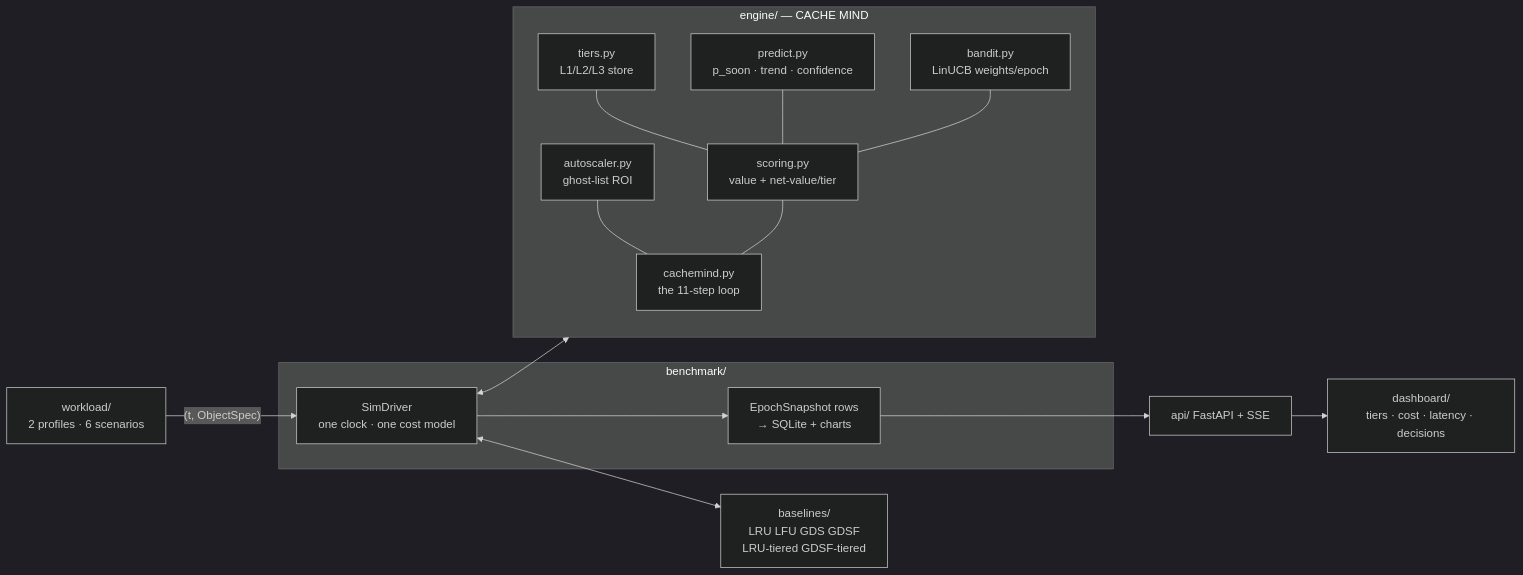
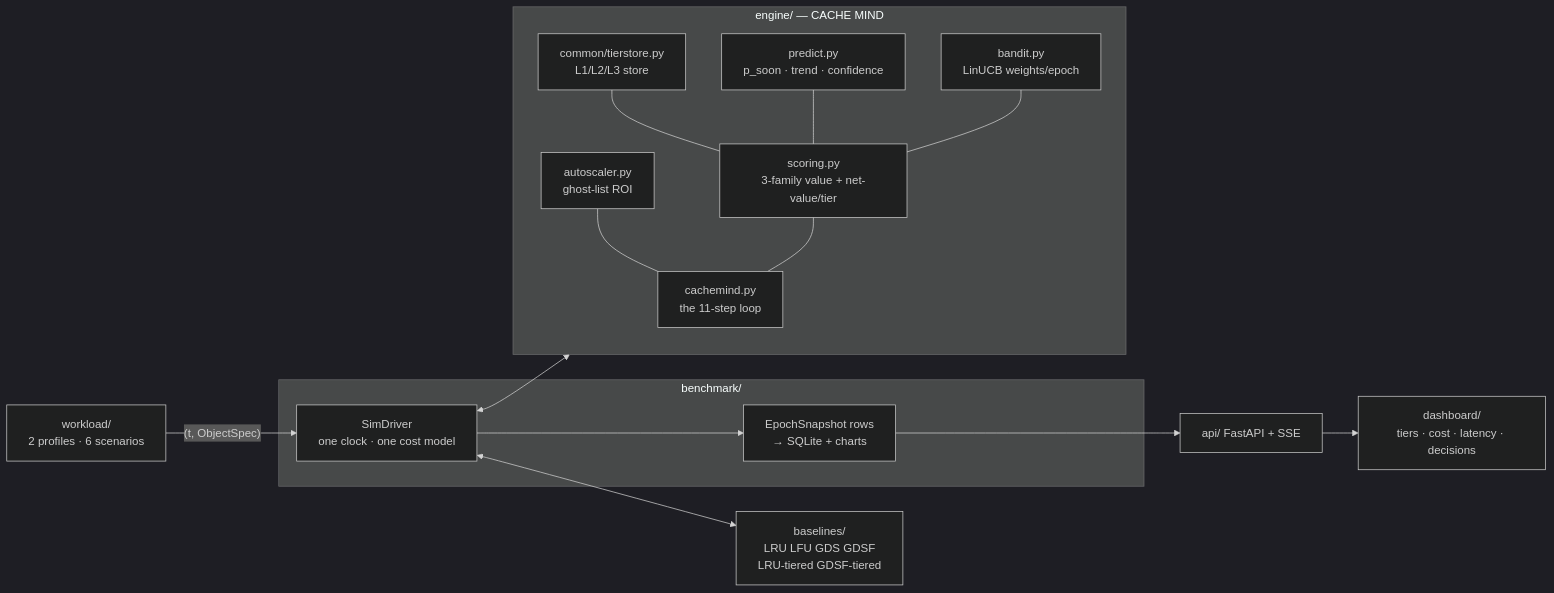
One commit to avadh-lang/VH-26-KASUKABE_DEFENCE_FORCE changed the second of 2 diagrams in docs/architecture.md. Above: the diagram before and after it, drawn with Mermaid (dark theme). The commit also changed other lines of this file and 6 other files, not shown here.

````diff
--- a/docs/architecture.md
+++ b/docs/architecture.md
@@ -38,17 +38,17 @@
 ```mermaid
 flowchart LR
   WL[workload/<br/>2 profiles · 6 scenarios] -->|"(t, ObjectSpec)"| DRV
   subgraph BENCH[benchmark/]
     DRV[SimDriver<br/>one clock · one cost model] --> SNAP[EpochSnapshot rows<br/>→ SQLite + charts]
   end
   DRV <--> BASE[baselines/<br/>LRU LFU GDS GDSF<br/>LRU-tiered GDSF-tiered]
   DRV <--> ENG
   subgraph ENG[engine/ — CACHE MIND]
-    TI[tiers.py<br/>L1/L2/L3 store] --- SC[scoring.py<br/>value + net-value/tier]
+    TI[common/tierstore.py<br/>L1/L2/L3 store] --- SC[scoring.py<br/>3-family value + net-value/tier]
     PR[predict.py<br/>p_soon · trend · confidence] --- SC
     BA[bandit.py<br/>LinUCB weights/epoch] --- SC
     AS[autoscaler.py<br/>ghost-list ROI] --- CMX[cachemind.py<br/>the 11-step loop]
     SC --- CMX
   end
   SNAP --> API[api/ FastAPI + SSE] --> UI[dashboard/<br/>tiers · cost · latency · decisions]
 ```
````
